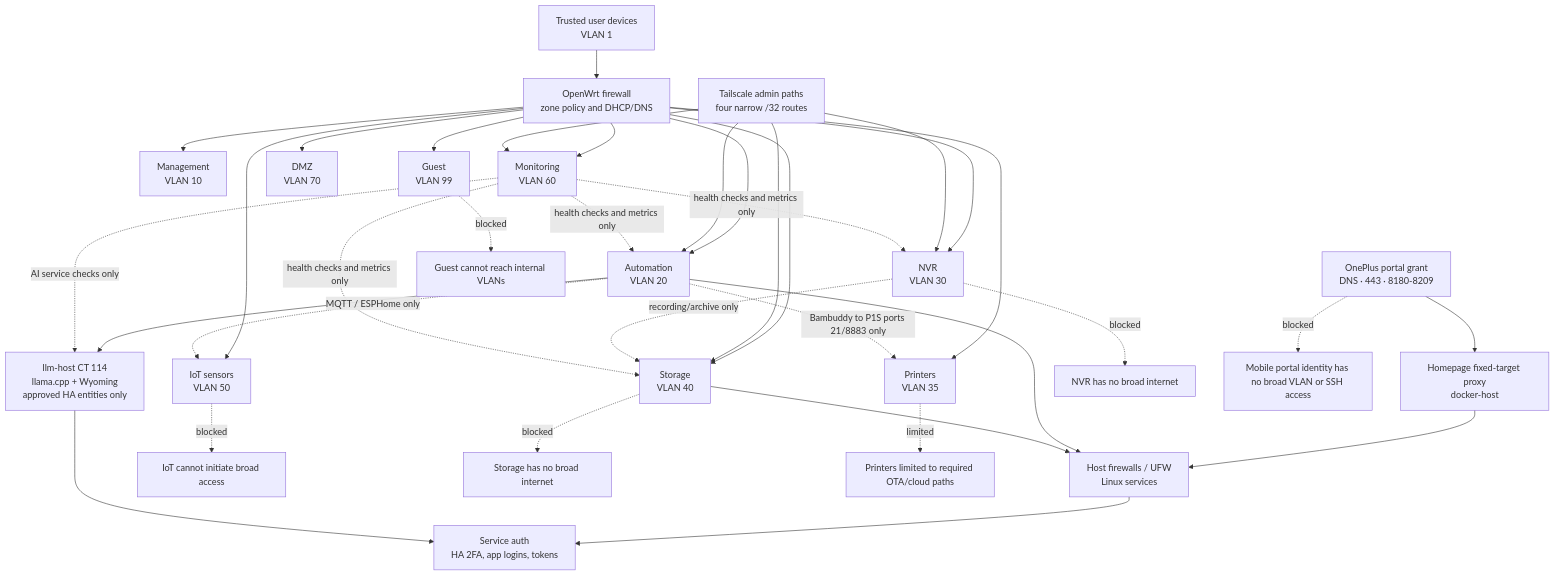
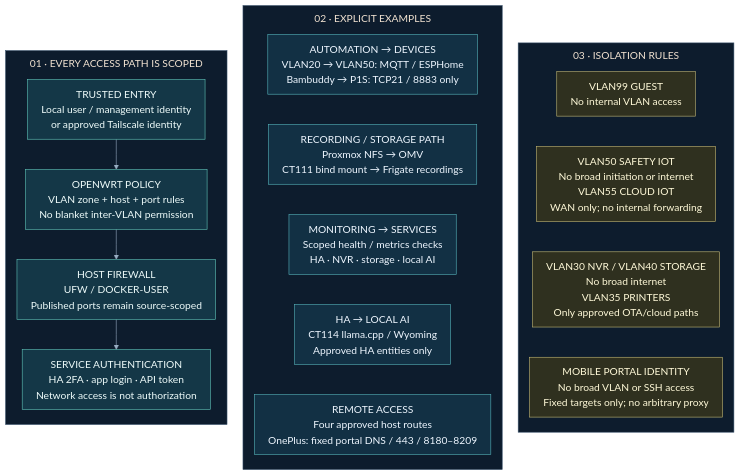
The diagram in main/docs/diagrams/network/security-access-flow.mermaid (Nysplaidame/home-automation-project), drawn with Mermaid before and after one commit. The commit also changed 18 other files, not shown here.

Commit message:
docs(diagrams): simplify architecture views

```diff
--- a/main/docs/diagrams/network/security-access-flow.mermaid
+++ b/main/docs/diagrams/network/security-access-flow.mermaid
@@ -1,63 +1,36 @@
-flowchart TB
-    User["Trusted user devices<br/>VLAN 1"]
-    Router["OpenWrt firewall<br/>zone policy and DHCP/DNS"]
-    Mgmt["Management<br/>VLAN 10"]
-    Automation["Automation<br/>VLAN 20"]
-    NVR["NVR<br/>VLAN 30"]
-    Printers["Printers<br/>VLAN 35"]
-    Storage["Storage<br/>VLAN 40"]
-    IoT["IoT sensors<br/>VLAN 50"]
-    Monitoring["Monitoring<br/>VLAN 60"]
-    DMZ["DMZ<br/>VLAN 70"]
-    Guest["Guest<br/>VLAN 99"]
-    TailAdmin["Tailscale admin paths<br/>four narrow /32 routes"]
-    TailMobile["OnePlus portal grant<br/>DNS · 443 · 8180-8209"]
-    PortalProxy["Homepage fixed-target proxy<br/>docker-host"]
-    HostFW["Host firewalls / UFW<br/>Linux services"]
-    ServiceAuth["Service auth<br/>HA 2FA, app logins, tokens"]
-    LocalAI["llm-host CT 114<br/>llama.cpp + Wyoming<br/>approved HA entities only"]
+%%{init: {"theme":"base","fontFamily":"Segoe UI, sans-serif","themeVariables":{"primaryColor":"#123044","primaryTextColor":"#eef6ff","primaryBorderColor":"#58b7bf","lineColor":"#9aafc4","clusterBkg":"#0d1c2d","clusterBorder":"#38516b","tertiaryColor":"#0d1c2d","edgeLabelBackground":"#0b1929","fontFamily":"Segoe UI, sans-serif","fontSize":"18px"},"flowchart":{"curve":"linear","nodeSpacing":20,"rankSpacing":28,"padding":12,"subGraphTitleMargin":{"top":8,"bottom":16},"wrappingWidth":380,"useMaxWidth":false}}}%%
+flowchart LR
+    %% Selected access paths; full source/destination rules live in access-matrix.md.
+    subgraph Layers["01 · EVERY ACCESS PATH IS SCOPED"]
+        direction TB
+        Identity["TRUSTED ENTRY<br/>Local user / management identity<br/>or approved Tailscale identity"]
+        Router["OPENWRT POLICY<br/>VLAN zone + host + port rules<br/>No blanket inter-VLAN permission"]
+        HostFW["HOST FIREWALL<br/>UFW / DOCKER-USER<br/>Published ports remain source-scoped"]
+        Auth["SERVICE AUTHENTICATION<br/>HA 2FA · app login · API token<br/>Network access is not authorization"]
+        Identity --> Router --> HostFW --> Auth
+    end
+    subgraph Allowed["02 · EXPLICIT EXAMPLES"]
+        direction TB
+        HA["AUTOMATION → DEVICES<br/>VLAN20 → VLAN50: MQTT / ESPHome<br/>Bambuddy → P1S: TCP21 / 8883 only"]
+        Storage["RECORDING / STORAGE PATH<br/>Proxmox NFS → OMV<br/>CT111 bind mount → Frigate recordings"]
+        Monitor["MONITORING → SERVICES<br/>Scoped health / metrics checks<br/>HA · NVR · storage · local AI"]
+        AI["HA → LOCAL AI<br/>CT114 llama.cpp / Wyoming<br/>Approved HA entities only"]
+        Tail["REMOTE ACCESS<br/>Four approved host routes<br/>OnePlus: fixed portal DNS / 443 / 8180–8209"]
+        HA ~~~ Storage ~~~ Monitor ~~~ AI ~~~ Tail
+    end
+    subgraph Denied["03 · ISOLATION RULES"]
+        direction TB
+        Guests["VLAN99 GUEST<br/>No internal VLAN access"]
+        IoT["VLAN50 SAFETY IOT<br/>No broad initiation or internet<br/>VLAN55 CLOUD IOT<br/>WAN only; no internal forwarding"]
+        Restricted["VLAN30 NVR / VLAN40 STORAGE<br/>No broad internet<br/>VLAN35 PRINTERS<br/>Only approved OTA/cloud paths"]
+        Mobile["MOBILE PORTAL IDENTITY<br/>No broad VLAN or SSH access<br/>Fixed targets only; no arbitrary proxy"]
+        Guests ~~~ IoT ~~~ Restricted ~~~ Mobile
+    end
+    Layers ~~~ Allowed ~~~ Denied
+    class Identity,Router,HostFW,Auth core
+    class Guests,IoT,Restricted,Mobile policy
 
-    User --> Router
-    Router --> Mgmt
-    Router --> Automation
-    Router --> NVR
-    Router --> Printers
-    Router --> Storage
-    Router --> IoT
-    Router --> Monitoring
-    Router --> DMZ
-    Router --> Guest
-
-    TailAdmin --> Automation
-    TailAdmin --> NVR
-    TailAdmin --> Storage
-    TailAdmin --> Monitoring
-    TailMobile --> PortalProxy
-    PortalProxy --> HostFW
-    Automation --> HostFW
-    Automation --> LocalAI
-    Storage --> HostFW
-    HostFW --> ServiceAuth
-    LocalAI --> ServiceAuth
-
-    Automation -.->|"MQTT / ESPHome only"| IoT
-    NVR -.->|"recording/archive only"| Storage
-    Automation -.->|"Bambuddy to P1S ports 21/8883 only"| Printers
-    Monitoring -.->|"health checks and metrics only"| Automation
-    Monitoring -.->|"AI service checks only"| LocalAI
-    Monitoring -.->|"health checks and metrics only"| NVR
-    Monitoring -.->|"health checks and metrics only"| Storage
-
-    GuestX["Guest cannot reach internal VLANs"]
-    IoTX["IoT cannot initiate broad access"]
-    StorageX["Storage has no broad internet"]
-    NVRX["NVR has no broad internet"]
-    PrinterX["Printers limited to required OTA/cloud paths"]
-    TailX["Mobile portal identity has no broad VLAN or SSH access"]
-
-    Guest -.->|"blocked"| GuestX
-    IoT -.->|"blocked"| IoTX
-    Storage -.->|"blocked"| StorageX
-    NVR -.->|"blocked"| NVRX
-    Printers -.->|"limited"| PrinterX
-    TailMobile -.->|"blocked"| TailX
+    classDef core fill:#143747,stroke:#63c9bd,color:#eefbfa
+    classDef store fill:#292745,stroke:#aa99db,color:#f2edff
+    classDef policy fill:#2f301f,stroke:#c7bc77,color:#fff9d8
+    classDef deferred fill:#1b2638,stroke:#9dabc1,color:#d3dfef,stroke-dasharray:5 4
```
